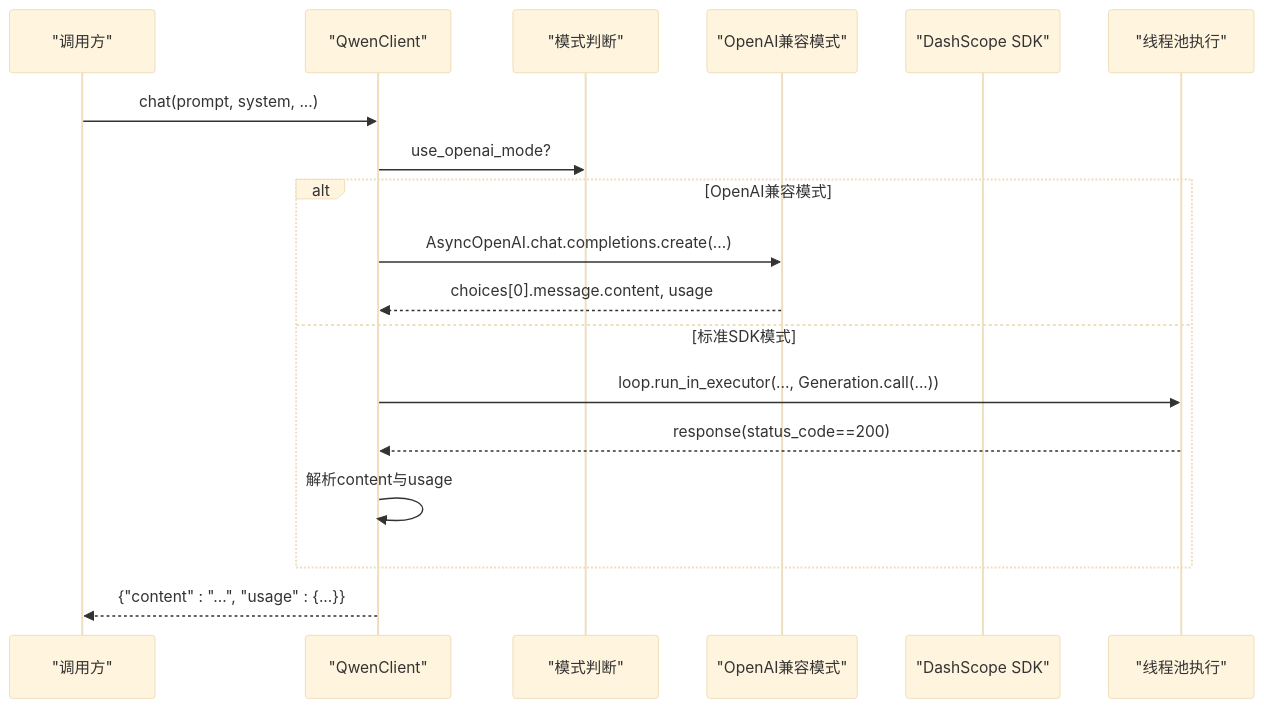
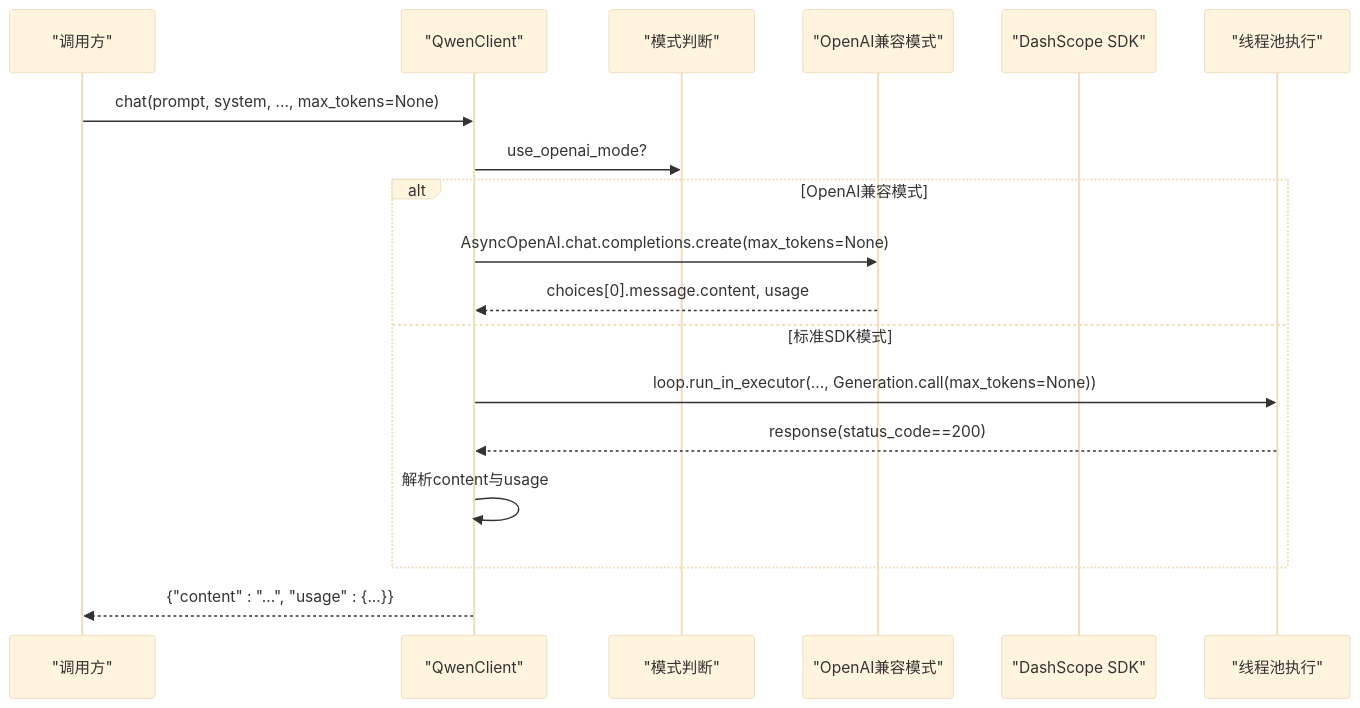
Before and after one commit to xfbyxq/ai-novel-system: the second of 7 diagrams in .qoder/repowiki/zh/content/LLM集成架构/LLM客户端封装.md, drawn with Mermaid (base theme). The commit also changed other lines of this file and 3 other files, not shown here.

````diff
--- a/.qoder/repowiki/zh/content/LLM集成架构/LLM客户端封装.md
+++ b/.qoder/repowiki/zh/content/LLM集成架构/LLM客户端封装.md
@@ -124,20 +129,20 @@
 ```mermaid
 sequenceDiagram
 participant Caller as "调用方"
 participant QC as "QwenClient"
 participant Mode as "模式判断"
 participant OA as "OpenAI兼容模式"
 participant DS as "DashScope SDK"
 participant Exec as "线程池执行"
-Caller->>QC : chat(prompt, system, ...)
+Caller->>QC : chat(prompt, system, ..., max_tokens=None)
 QC->>Mode : use_openai_mode?
 alt OpenAI兼容模式
-QC->>OA : AsyncOpenAI.chat.completions.create(...)
+QC->>OA : AsyncOpenAI.chat.completions.create(max_tokens=None)
 OA-->>QC : choices[0].message.content, usage
 else 标准SDK模式
-QC->>Exec : loop.run_in_executor(..., Generation.call(...))
+QC->>Exec : loop.run_in_executor(..., Generation.call(max_tokens=None))
 Exec-->>QC : response(status_code==200)
 QC->>QC : 解析content与usage
 end
 QC-->>Caller : {"content" : "...", "usage" : {...}}
 ```
````
